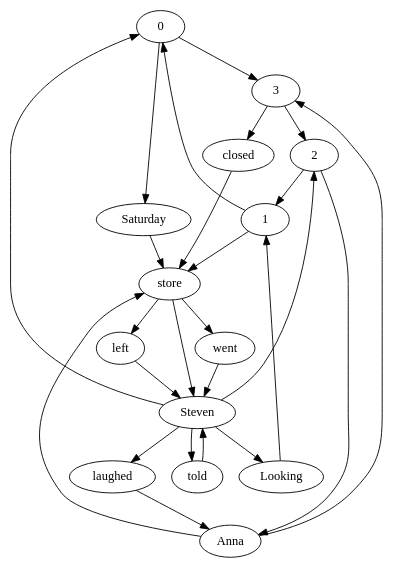
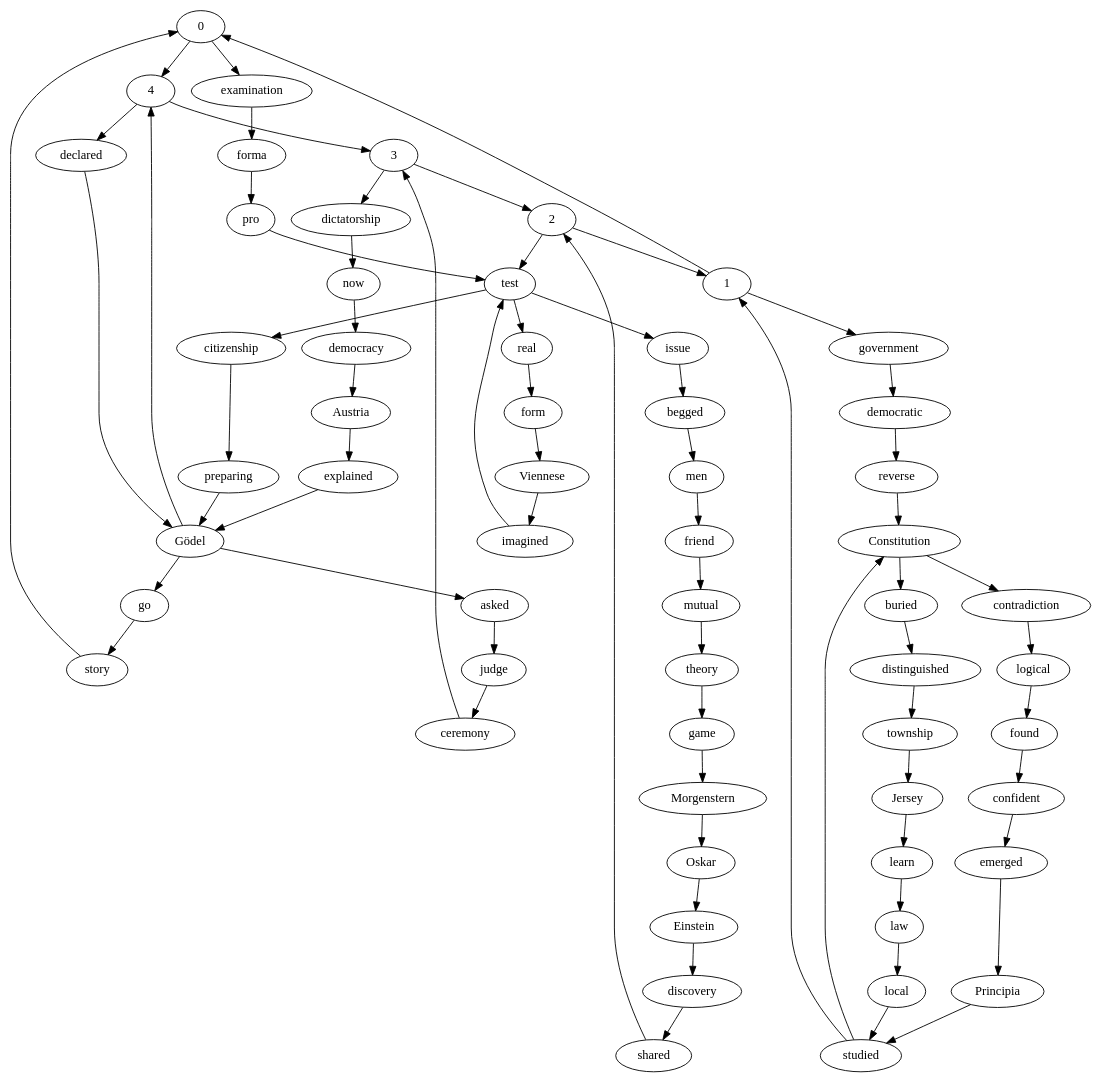
One commit to ptarau/StanzaGraphs changed the diagram in textstar/text.gv. Above: the diagram before and after it, drawn with Graphviz. The commit also changed 4 other files, not shown here.

```diff
--- a/textstar/text.gv
+++ b/textstar/text.gv
@@ -1,27 +1,70 @@
 strict digraph "" {
-	0 -> 3;
-	0 -> Saturday;
+	0 -> 4;
+	0 -> examination;
+	4 -> 3;
+	4 -> declared;
+	story -> 0;
+	examination -> forma;
+	go -> story;
+	Gödel -> 4;
+	Gödel -> go;
+	Gödel -> asked;
+	preparing -> Gödel;
+	citizenship -> preparing;
+	test -> citizenship;
+	test -> real;
+	test -> issue;
+	imagined -> test;
+	Viennese -> imagined;
+	form -> Viennese;
+	real -> form;
+	pro -> test;
+	forma -> pro;
+	1 -> 0;
+	1 -> government;
+	studied -> 1;
+	studied -> Constitution;
+	government -> democratic;
+	local -> studied;
+	law -> local;
+	learn -> law;
+	Jersey -> learn;
+	township -> Jersey;
+	distinguished -> township;
+	buried -> distinguished;
+	Constitution -> buried;
+	Constitution -> contradiction;
+	Principia -> studied;
+	emerged -> Principia;
+	confident -> emerged;
+	found -> confident;
+	logical -> found;
+	contradiction -> logical;
+	reverse -> Constitution;
+	democratic -> reverse;
+	2 -> test;
+	2 -> 1;
+	shared -> 2;
+	discovery -> shared;
+	Einstein -> discovery;
+	Oskar -> Einstein;
+	Morgenstern -> Oskar;
+	game -> Morgenstern;
+	theory -> game;
+	mutual -> theory;
+	friend -> mutual;
+	men -> friend;
+	begged -> men;
+	issue -> begged;
 	3 -> 2;
-	3 -> closed;
-	Steven -> 0;
-	Steven -> Looking;
-	Steven -> 2;
-	Steven -> laughed;
-	Steven -> told;
-	Saturday -> store;
-	went -> Steven;
-	store -> Steven;
-	store -> went;
-	store -> left;
-	1 -> 0;
-	1 -> store;
-	Looking -> 1;
-	2 -> 1;
-	2 -> Anna;
-	Anna -> 3;
-	Anna -> store;
-	left -> Steven;
-	closed -> store;
-	laughed -> Anna;
-	told -> Steven;
+	3 -> dictatorship;
+	ceremony -> 3;
+	dictatorship -> now;
+	judge -> ceremony;
+	asked -> judge;
+	explained -> Gödel;
+	Austria -> explained;
+	democracy -> Austria;
+	now -> democracy;
+	declared -> Gödel;
 }
```
